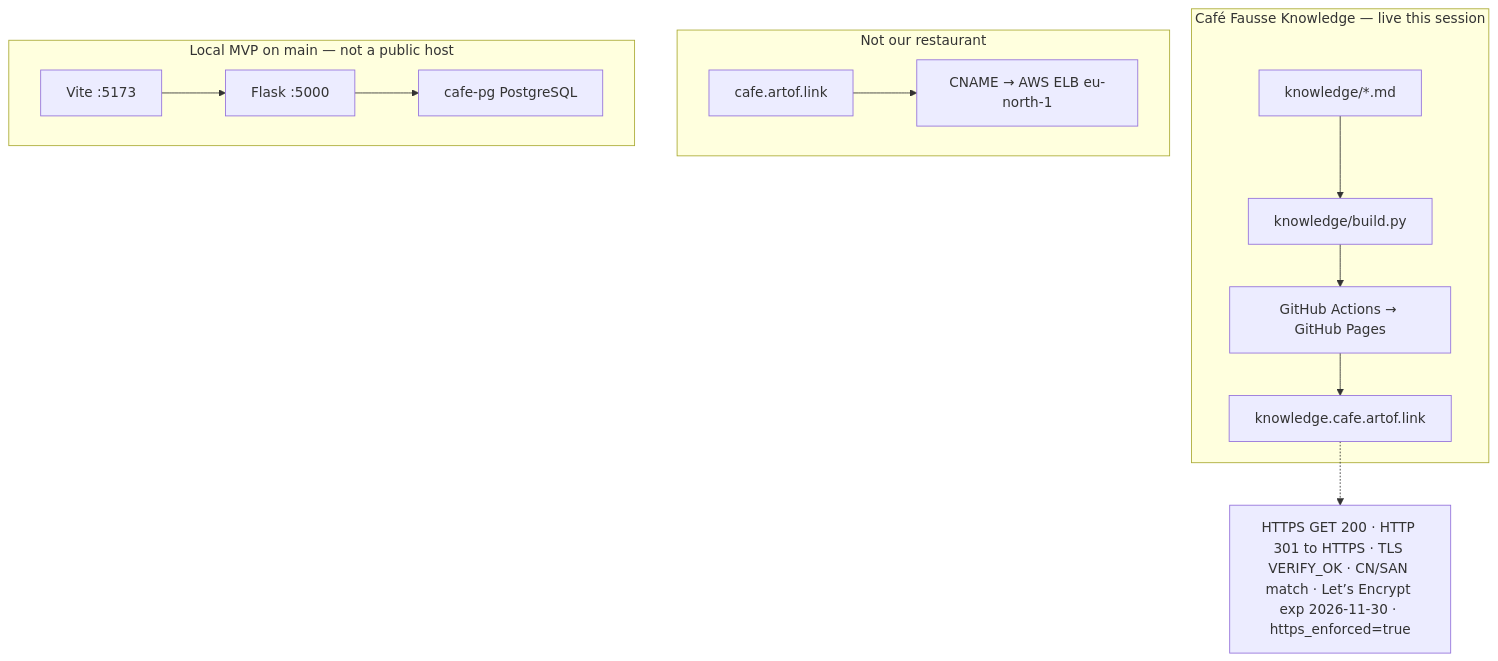
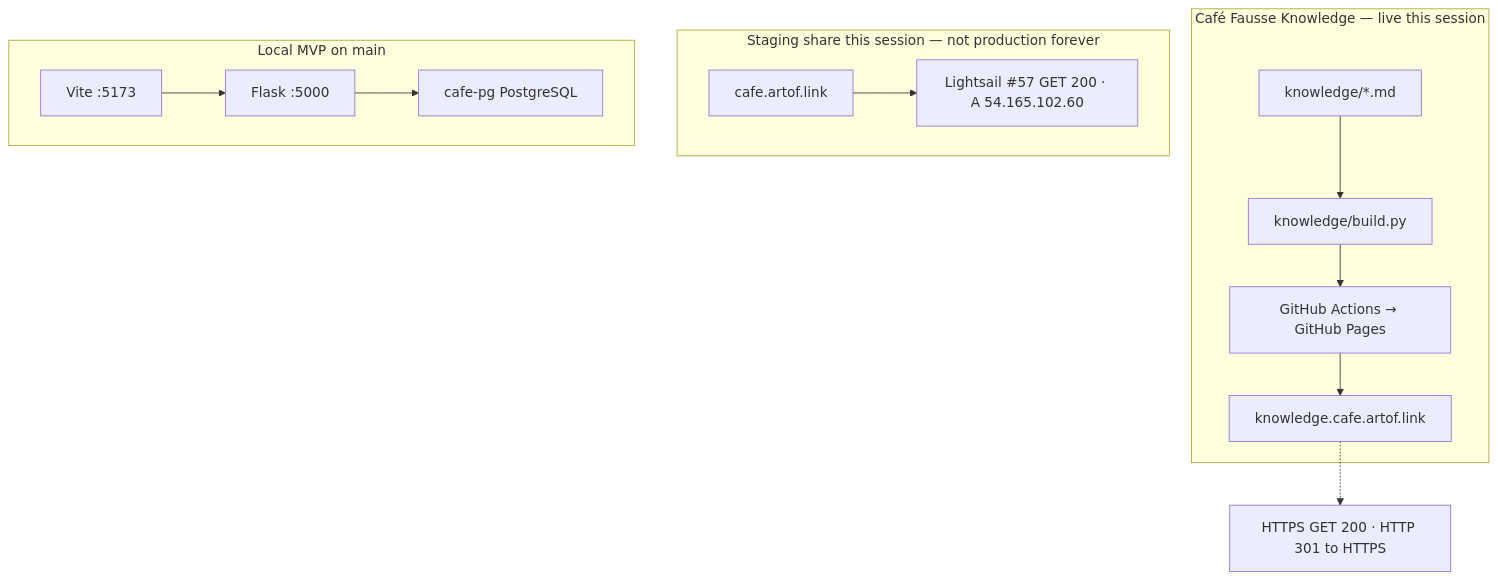
Before and after one commit to artofdream/aea-interactive-design: the first of 2 diagrams in knowledge/stack.md, drawn with Mermaid. The commit also changed other lines of this file and 11 other files, not shown here.

First line of the commit message:
docs(knowledge): prefer cafe.artof.link live share; demote shaky-deer (#64)

````diff
--- a/knowledge/stack.md
+++ b/knowledge/stack.md
@@ -32,16 +32,16 @@
 ```mermaid
 flowchart TB
   subgraph K["Café Fausse Knowledge — live this session"]
     MD["knowledge/*.md"] --> PY["knowledge/build.py"]
     PY --> GHA["GitHub Actions → GitHub Pages"]
     GHA --> KH["knowledge.cafe.artof.link"]
   end
-  KH -.-> P["HTTPS GET 200 · HTTP 301 to HTTPS · TLS VERIFY_OK · CN/SAN match · Let’s Encrypt exp 2026-11-30 · https_enforced=true"]
-  subgraph N["Not our restaurant"]
-    CAFE["cafe.artof.link"] --> ELB["CNAME → AWS ELB eu-north-1"]
+  KH -.-> P["HTTPS GET 200 · HTTP 301 to HTTPS"]
+  subgraph N["Staging share this session — not production forever"]
+    CAFE["cafe.artof.link"] --> LS["Lightsail #57 GET 200 · A 54.165.102.60"]
   end
-  subgraph L["Local MVP on main — not a public host"]
+  subgraph L["Local MVP on main"]
     VITE["Vite :5173"] --> FLASK["Flask :5000"]
     FLASK --> PG["cafe-pg PostgreSQL"]
   end
 ```
````
